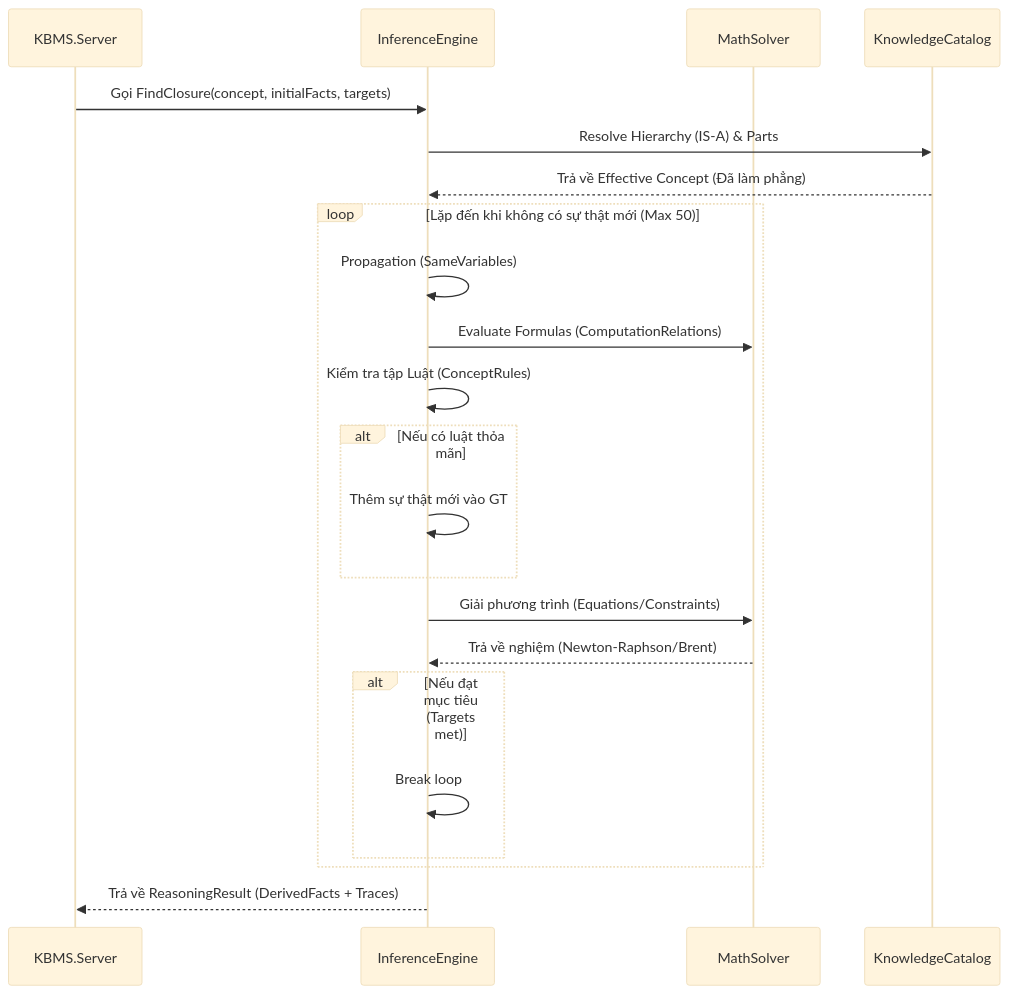
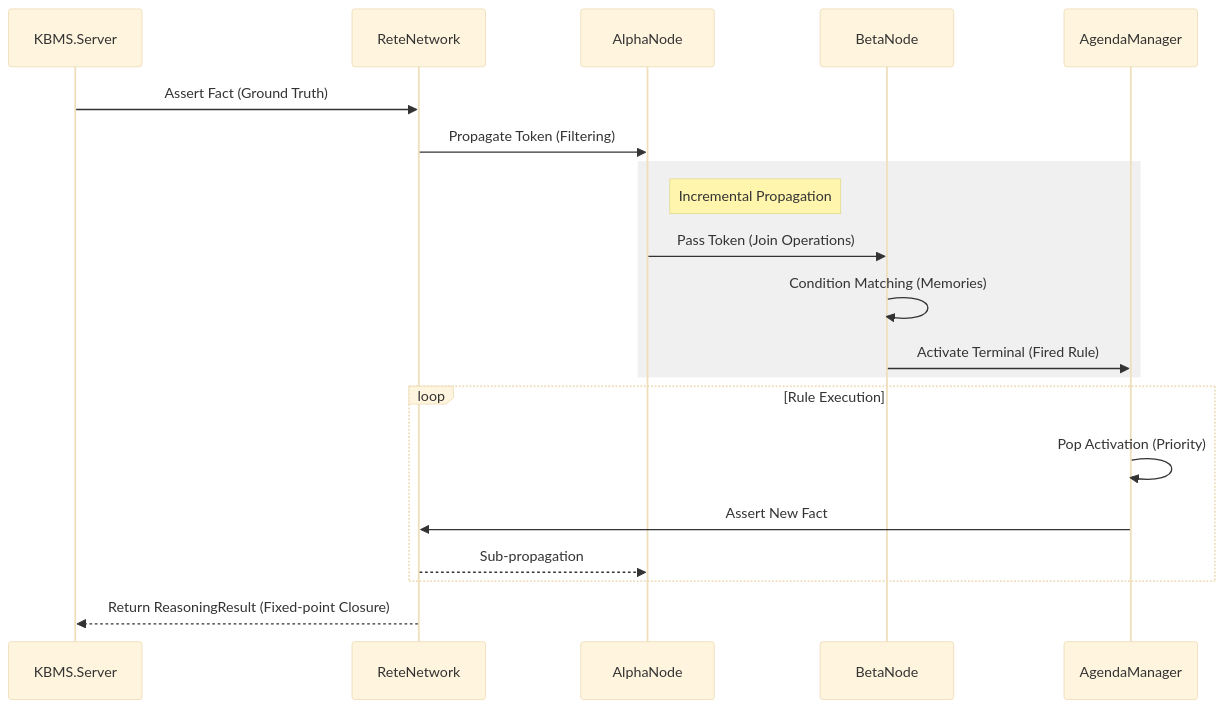
Before and after one commit to tranphat1506/KBMS: the diagram in docs/assets/diagrams/reasoning_flow.mmd, drawn with Mermaid (base theme). The commit also changed 574 other files, not shown here.

Commit message:
refactor: reorganize documentation structure, update diagrams, and clean up legacy LaTeX report assets.

```diff
--- a/docs/assets/diagrams/reasoning_flow.mmd
+++ b/docs/assets/diagrams/reasoning_flow.mmd
@@ -1,26 +1,24 @@
 sequenceDiagram
     participant S as KBMS.Server
-    participant IE as InferenceEngine
-    participant MS as MathSolver
-    participant KC as KnowledgeCatalog
+    participant RN as ReteNetwork
+    participant AN as AlphaNode
+    participant BN as BetaNode
+    participant AG as AgendaManager
 
-    S->>IE: Gọi FindClosure(concept, initialFacts, targets)
-    IE->>KC: Resolve Hierarchy (IS-A) & Parts
-    KC-->>IE: Trả về Effective Concept (Đã làm phẳng)
+    S->>RN: Assert Fact (Ground Truth)
+    RN->>AN: Propagate Token (Filtering)
     
-    loop Lặp đến khi không có sự thật mới (Max 50)
-        IE->>IE: Propagation (SameVariables)
-        IE->>MS: Evaluate Formulas (ComputationRelations)
-        IE->>IE: Kiểm tra tập Luật (ConceptRules)
-        alt Nếu có luật thỏa mãn
-            IE->>IE: Thêm sự thật mới vào GT
-        end
-        IE->>MS: Giải phương trình (Equations/Constraints)
-        MS-->>IE: Trả về nghiệm (Newton-Raphson/Brent)
-        
-        alt Nếu đạt mục tiêu (Targets met)
-            IE->>IE: Break loop
-        end
+    rect rgb(240, 240, 240)
+        Note right of AN: Incremental Propagation
+        AN->>BN: Pass Token (Join Operations)
+        BN->>BN: Condition Matching (Memories)
+        BN->>AG: Activate Terminal (Fired Rule)
     end
     
-    IE-->>S: Trả về ReasoningResult (DerivedFacts + Traces)
+    loop Rule Execution
+        AG->>AG: Pop Activation (Priority)
+        AG->>RN: Assert New Fact
+        RN-->>AN: Sub-propagation
+    end
+    
+    RN-->>S: Return ReasoningResult (Fixed-point Closure)
```
